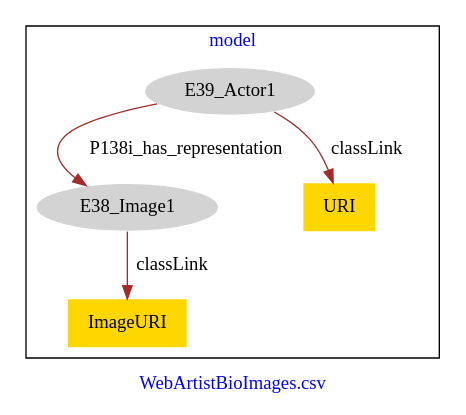
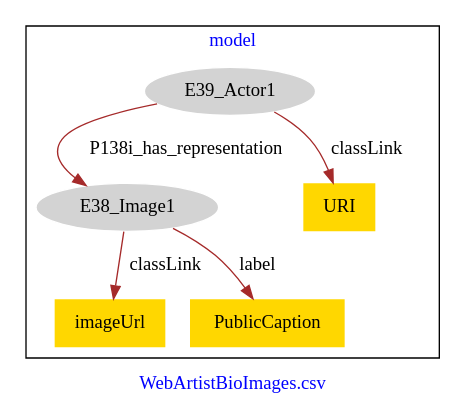
The diagram in WebArtistBioImages/WebArtistBioImages-model.dot (american-art/SAAM), drawn with Graphviz before and after one commit.

Commit message:
Update file WebArtistBioImages-model.dot

```diff
--- a/WebArtistBioImages/WebArtistBioImages-model.dot
+++ b/WebArtistBioImages/WebArtistBioImages-model.dot
@@ -1,15 +1,17 @@
 digraph n0 {
 fontcolor="blue"
 remincross="true"
 label="WebArtistBioImages.csv"
 subgraph cluster {
 label="model"
 n2[style="filled",color="white",fillcolor="lightgray",label="E39_Actor1"];
 n3[style="filled",color="white",fillcolor="lightgray",label="E38_Image1"];
-n4[shape="plaintext",style="filled",fillcolor="gold",label="ImageURI"];
-n5[shape="plaintext",style="filled",fillcolor="gold",label="URI"];
+n4[shape="plaintext",style="filled",fillcolor="gold",label="URI"];
+n5[shape="plaintext",style="filled",fillcolor="gold",label="imageUrl"];
+n6[shape="plaintext",style="filled",fillcolor="gold",label="PublicCaption"];
 }
 n2 -> n3[color="brown",fontcolor="black",label="P138i_has_representation"]
-n3 -> n4[color="brown",fontcolor="black",label="classLink"]
-n2 -> n5[color="brown",fontcolor="black",label="classLink"]
+n2 -> n4[color="brown",fontcolor="black",label="classLink"]
+n3 -> n5[color="brown",fontcolor="black",label="classLink"]
+n3 -> n6[color="brown",fontcolor="black",label="label"]
 }
```
